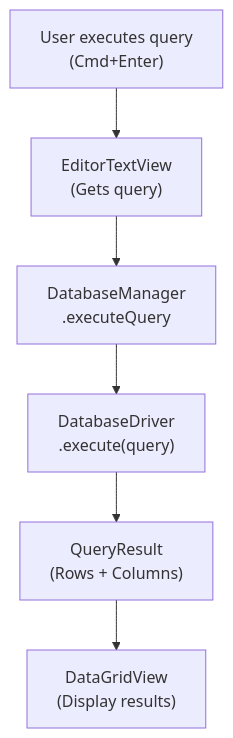
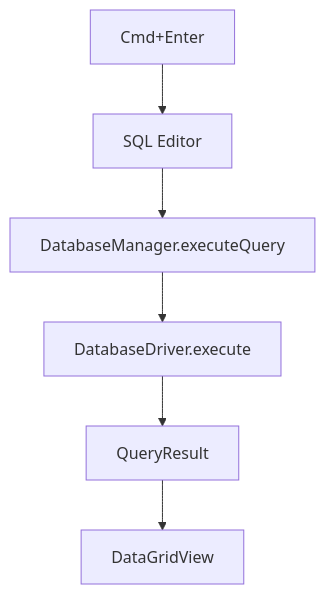
The third of 3 diagrams in docs/development/architecture.mdx (TableProApp/TablePro), drawn with Mermaid before and after one commit. The commit also changed other lines of this file and 5 other files, not shown here.

````diff
--- a/docs/development/architecture.mdx
+++ b/docs/development/architecture.mdx
@@ -209,9 +138,8 @@
 ```mermaid
-flowchart TB
-    User["User executes query<br>(Cmd+Enter)"]
-    User --> Editor["EditorTextView<br>(Gets query)"]
-    Editor --> Manager["DatabaseManager<br>.executeQuery"]
-    Manager --> Driver["DatabaseDriver<br>.execute(query)"]
-    Driver --> Result["QueryResult<br>(Rows + Columns)"]
-    Result --> Grid["DataGridView<br>(Display results)"]
+flowchart TD
+    User["Cmd+Enter"] --> Editor["SQL Editor"]
+    Editor --> DM["DatabaseManager.executeQuery"]
+    DM --> Driver["DatabaseDriver.execute"]
+    Driver --> Result["QueryResult"]
+    Result --> Grid["DataGridView"]
 ```
````
